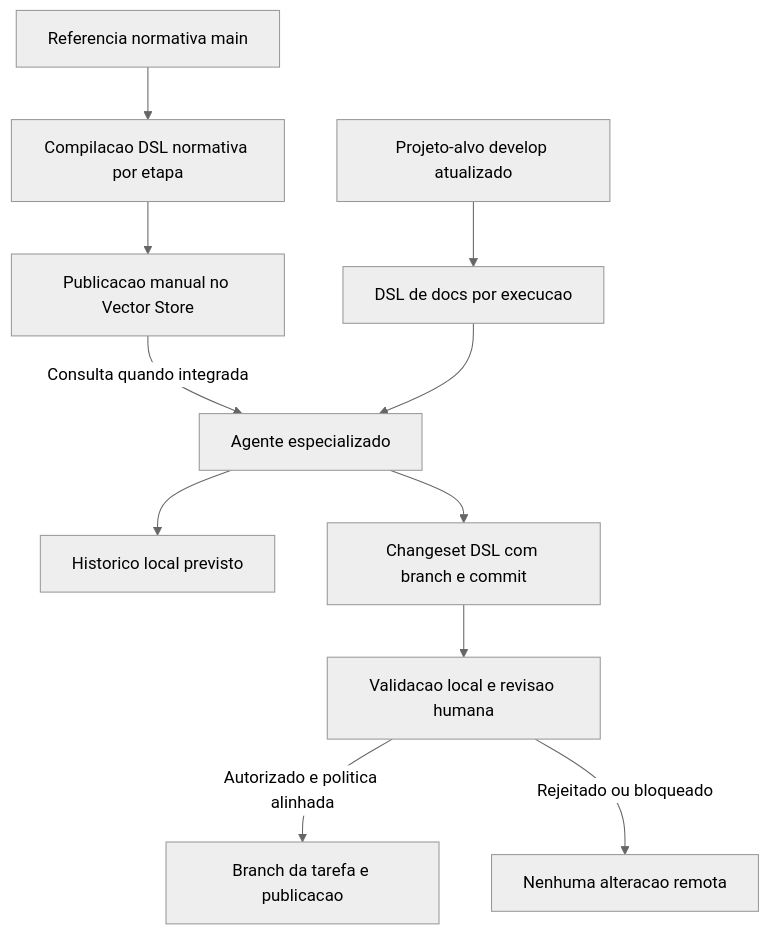
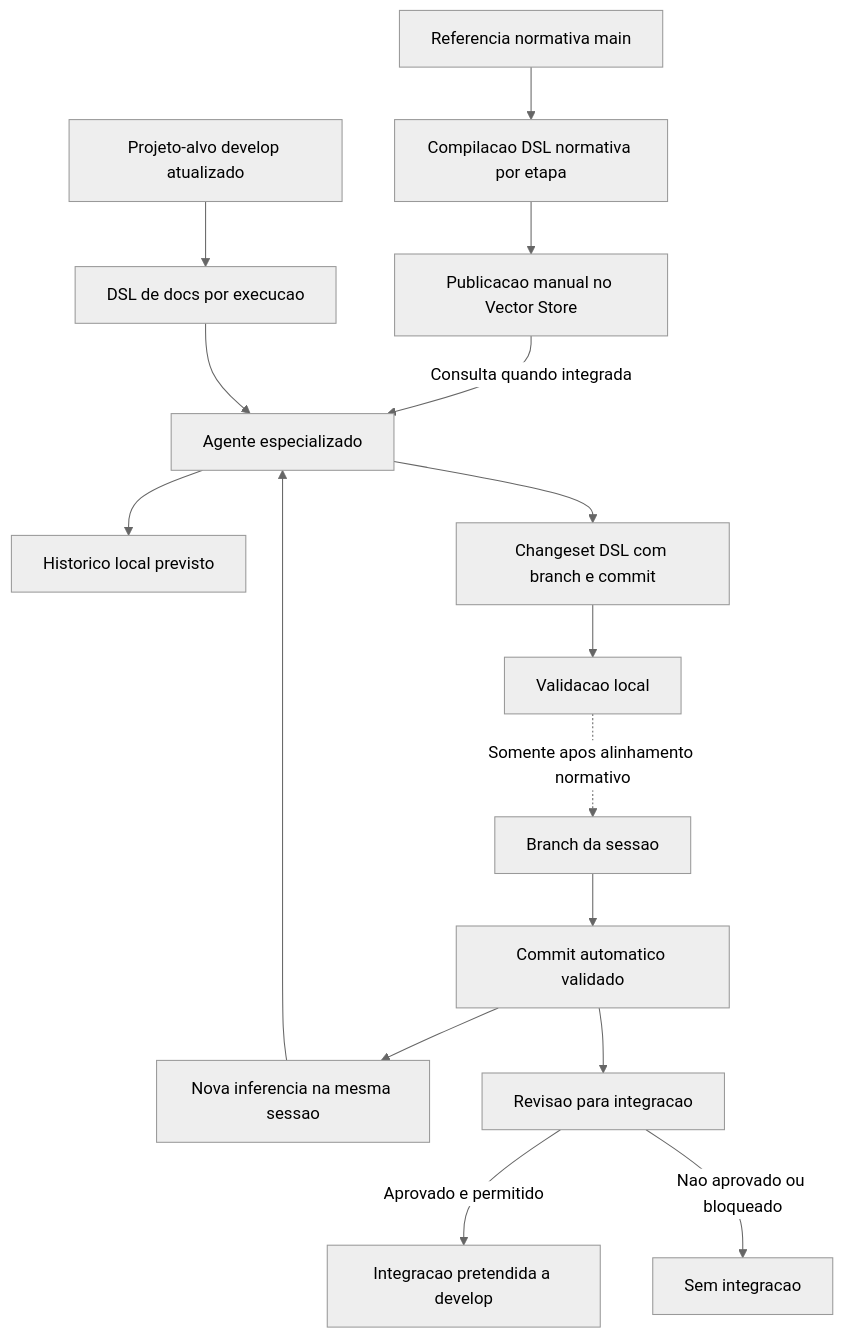
The second of 2 diagrams in docs/charter/README.md (ahhvahh/doc-arquitetura-app-debian), drawn with Mermaid (neutral theme) before and after one commit. The commit also changed other lines of this file and 13 other files, not shown here.

Commit message:
docs(charter): definir provedores remotos, sessoes Git e metricas JSON

````diff
--- a/docs/charter/README.md
+++ b/docs/charter/README.md
@@ -34,13 +34,18 @@
 ```mermaid
 flowchart TD
     A[Referencia normativa main] --> B[Compilacao DSL normativa por etapa]
     B --> C[Publicacao manual no Vector Store]
     C -->|Consulta quando integrada| F[Agente especializado]
     D[Projeto-alvo develop atualizado] --> E[DSL de docs por execucao]
     E --> F
     F --> L[Historico local previsto]
     F --> G[Changeset DSL com branch e commit]
-    G --> H[Validacao local e revisao humana]
-    H -->|Autorizado e politica alinhada| I[Branch da tarefa e publicacao]
-    H -->|Rejeitado ou bloqueado| J[Nenhuma alteracao remota]
+    G --> V[Validacao local]
+    V -. Somente apos alinhamento normativo .-> S[Branch da sessao]
+    S --> K[Commit automatico validado]
+    K --> P[Nova inferencia na mesma sessao]
+    P --> F
+    K --> H[Revisao para integracao]
+    H -->|Aprovado e permitido| I[Integracao pretendida a develop]
+    H -->|Nao aprovado ou bloqueado| J[Sem integracao]
 ```
````
